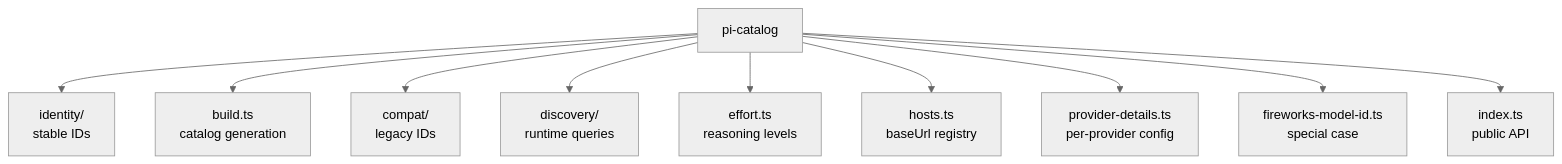
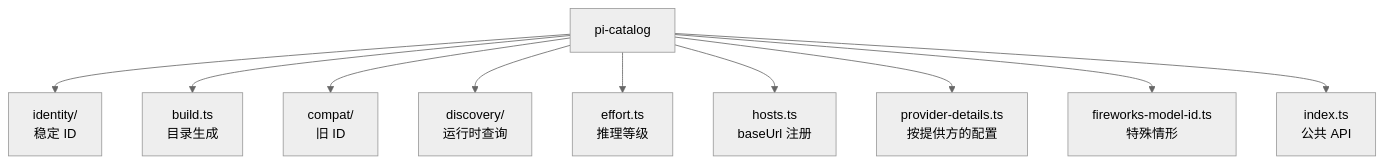
The diagram in docs-site/docs/04-pi-catalog.md (YeLuo45/oh-my-pi-design), drawn with Mermaid (neutral theme) before and after one commit. The commit also changed other lines of this file and 37 other files, not shown here.

````diff
--- a/docs-site/docs/04-pi-catalog.md
+++ b/docs-site/docs/04-pi-catalog.md
@@ -18,13 +18,13 @@
 ```mermaid
 graph TB
   Catalog[pi-catalog]
-  Catalog --> Identity[identity/<br/>stable IDs]
-  Catalog --> Build[build.ts<br/>catalog generation]
-  Catalog --> Compat[compat/<br/>legacy IDs]
-  Catalog --> Discovery[discovery/<br/>runtime queries]
-  Catalog --> Effort[effort.ts<br/>reasoning levels]
-  Catalog --> Hosts[hosts.ts<br/>baseUrl registry]
-  Catalog --> Provider[provider-details.ts<br/>per-provider config]
-  Catalog --> FwModel[fireworks-model-id.ts<br/>special case]
-  Catalog --> Index[index.ts<br/>public API]
+  Catalog --> Identity[identity/<br/>稳定 ID]
+  Catalog --> Build[build.ts<br/>目录生成]
+  Catalog --> Compat[compat/<br/>旧 ID]
+  Catalog --> Discovery[discovery/<br/>运行时查询]
+  Catalog --> Effort[effort.ts<br/>推理等级]
+  Catalog --> Hosts[hosts.ts<br/>baseUrl 注册]
+  Catalog --> Provider[provider-details.ts<br/>按提供方的配置]
+  Catalog --> FwModel[fireworks-model-id.ts<br/>特殊情形]
+  Catalog --> Index[index.ts<br/>公共 API]
 ```
````
